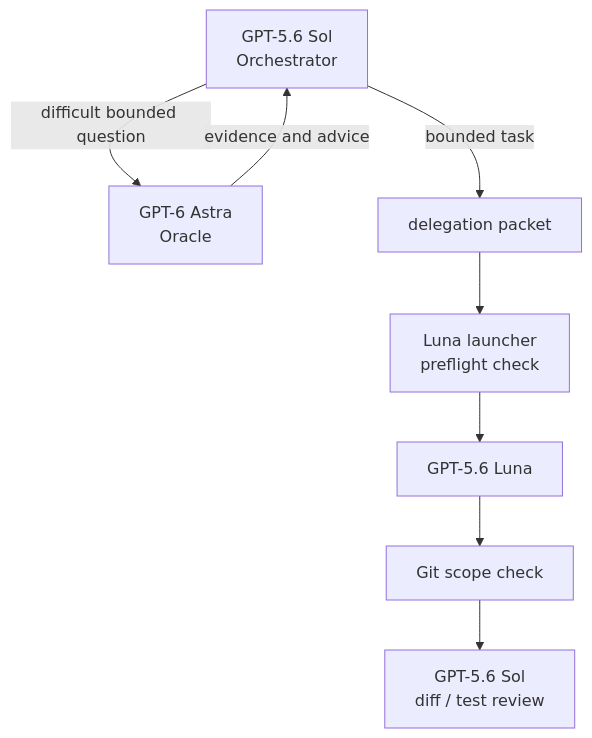
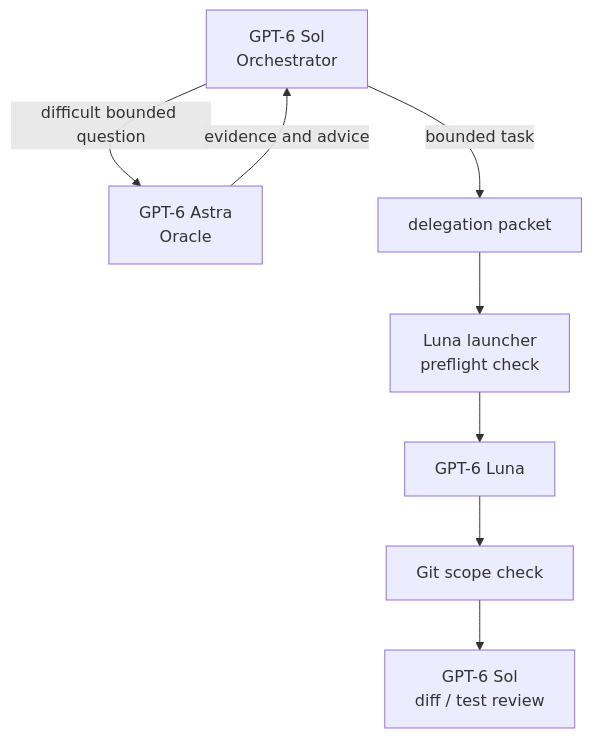
Before and after one commit to whitedoll99/codex-exosphere: the second of 3 diagrams in README_en.md, drawn with Mermaid. The commit also changed other lines of this file and 7 other files, not shown here.

Commit message:
feat: route Sol and Luna through GPT-6

````diff
--- a/README_en.md
+++ b/README_en.md
@@ -186,10 +186,10 @@
 ```mermaid
 flowchart TD
-    S["GPT-5.6 Sol<br/>Orchestrator"] -->|"difficult bounded question"| A["GPT-6 Astra<br/>Oracle"]
+    S["GPT-6 Sol<br/>Orchestrator"] -->|"difficult bounded question"| A["GPT-6 Astra<br/>Oracle"]
     A -->|"evidence and advice"| S
     S -->|"bounded task"| P["delegation packet"]
     P --> G1["Luna launcher<br/>preflight check"]
-    G1 --> L["GPT-5.6 Luna"]
+    G1 --> L["GPT-6 Luna"]
     L --> G2["Git scope check"]
-    G2 --> R["GPT-5.6 Sol<br/>diff / test review"]
+    G2 --> R["GPT-6 Sol<br/>diff / test review"]
 ```
````
